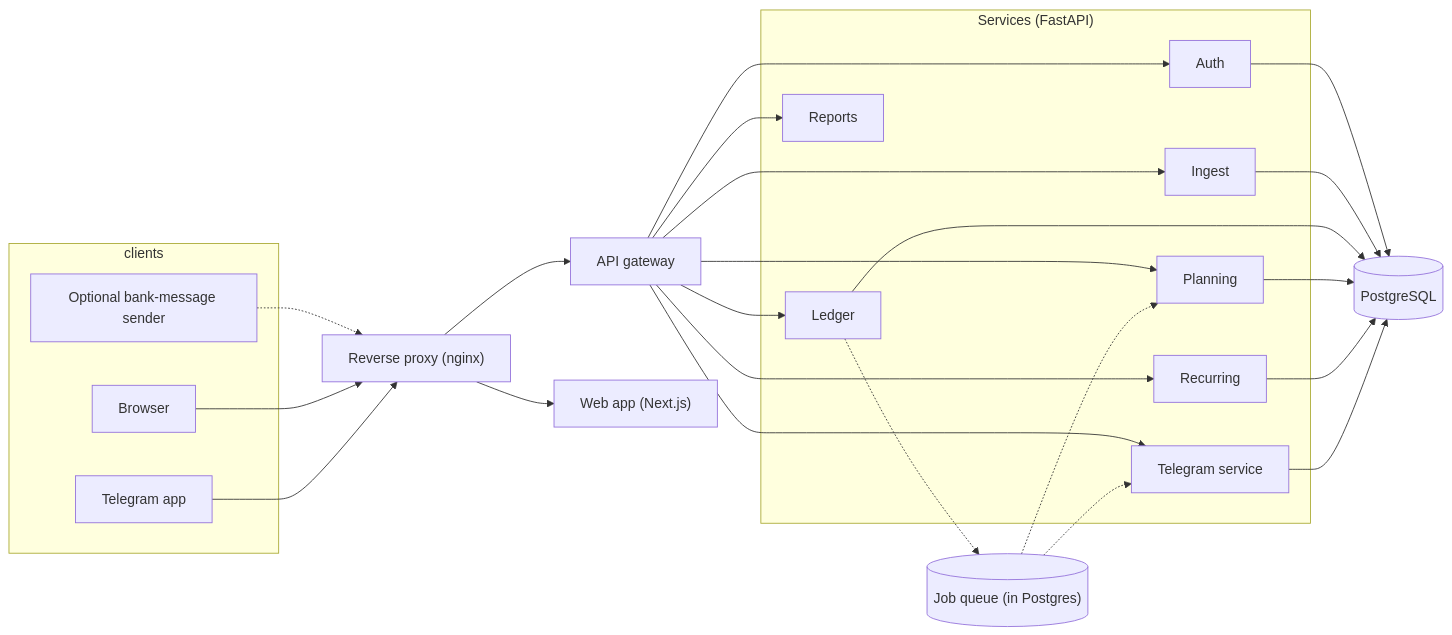
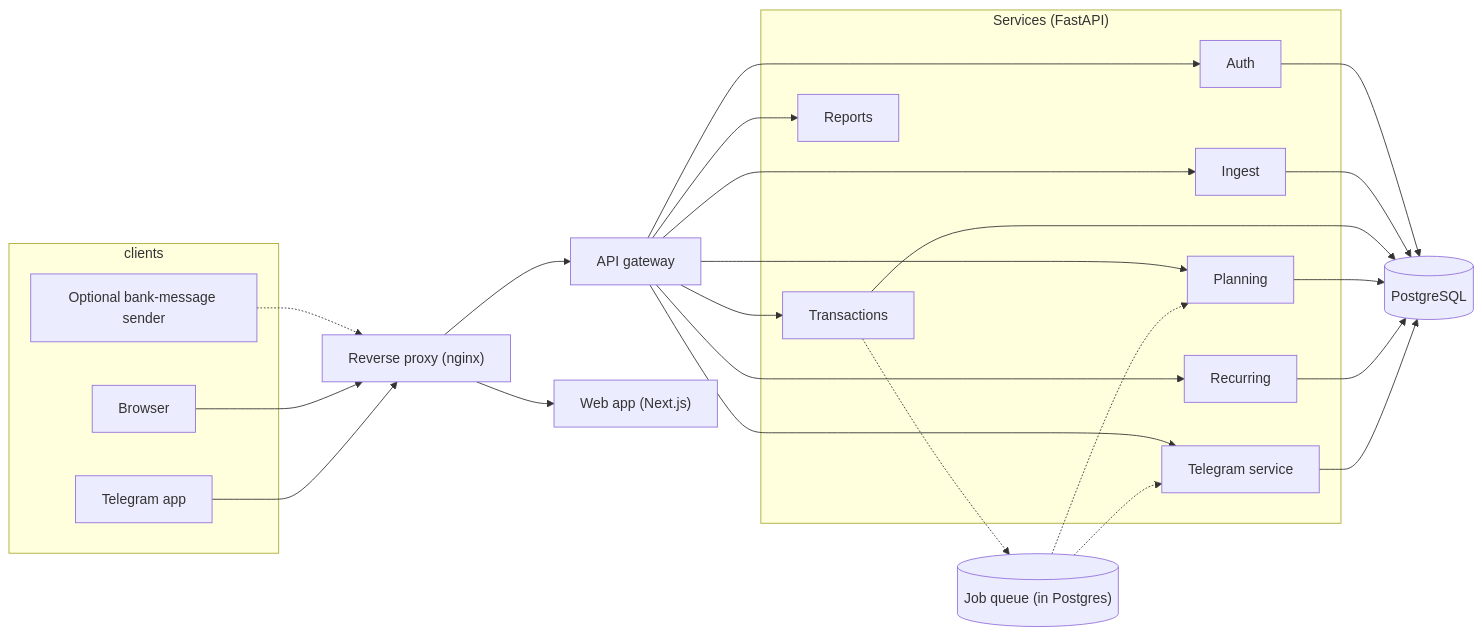
One commit to aayushsugandhi2703/LBStash changed the first of 3 diagrams in docs/SYSTEM_DESIGN.md. Above: the diagram before and after it, drawn with Mermaid. The commit also changed other lines of this file and 408 other files, not shown here.

````diff
--- a/docs/SYSTEM_DESIGN.md
+++ b/docs/SYSTEM_DESIGN.md
@@ -73,32 +73,32 @@
 ```mermaid
 flowchart LR
   subgraph clients
     Sender["Optional bank-message sender"]
     Browser
     TG["Telegram app"]
   end
   Proxy["Reverse proxy (nginx)"]
   GW["API gateway"]
   Web["Web app (Next.js)"]
   subgraph services["Services (FastAPI)"]
     Auth
     Ingest
-    Ledger
+    Transactions
     Planning
     Recurring
     Reports
     Tele["Telegram service"]
   end
   DB[("PostgreSQL")]
   Q[("Job queue (in Postgres)")]
   Sender -.-> Proxy
   Browser --> Proxy
   TG --> Proxy
   Proxy --> Web
   Proxy --> GW
-  GW --> Auth & Ingest & Ledger & Planning & Recurring & Reports & Tele
-  Auth & Ingest & Ledger & Planning & Recurring & Tele --> DB
-  Ledger -.-> Q
+  GW --> Auth & Ingest & Transactions & Planning & Recurring & Reports & Tele
+  Auth & Ingest & Transactions & Planning & Recurring & Tele --> DB
+  Transactions -.-> Q
   Q -.-> Planning
   Q -.-> Tele
 ```
````
